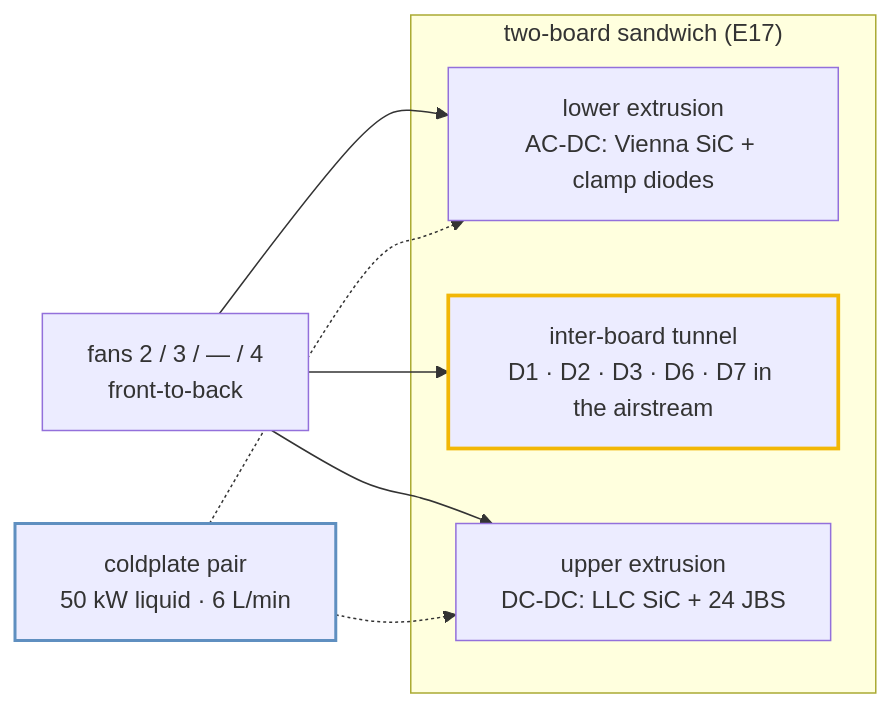
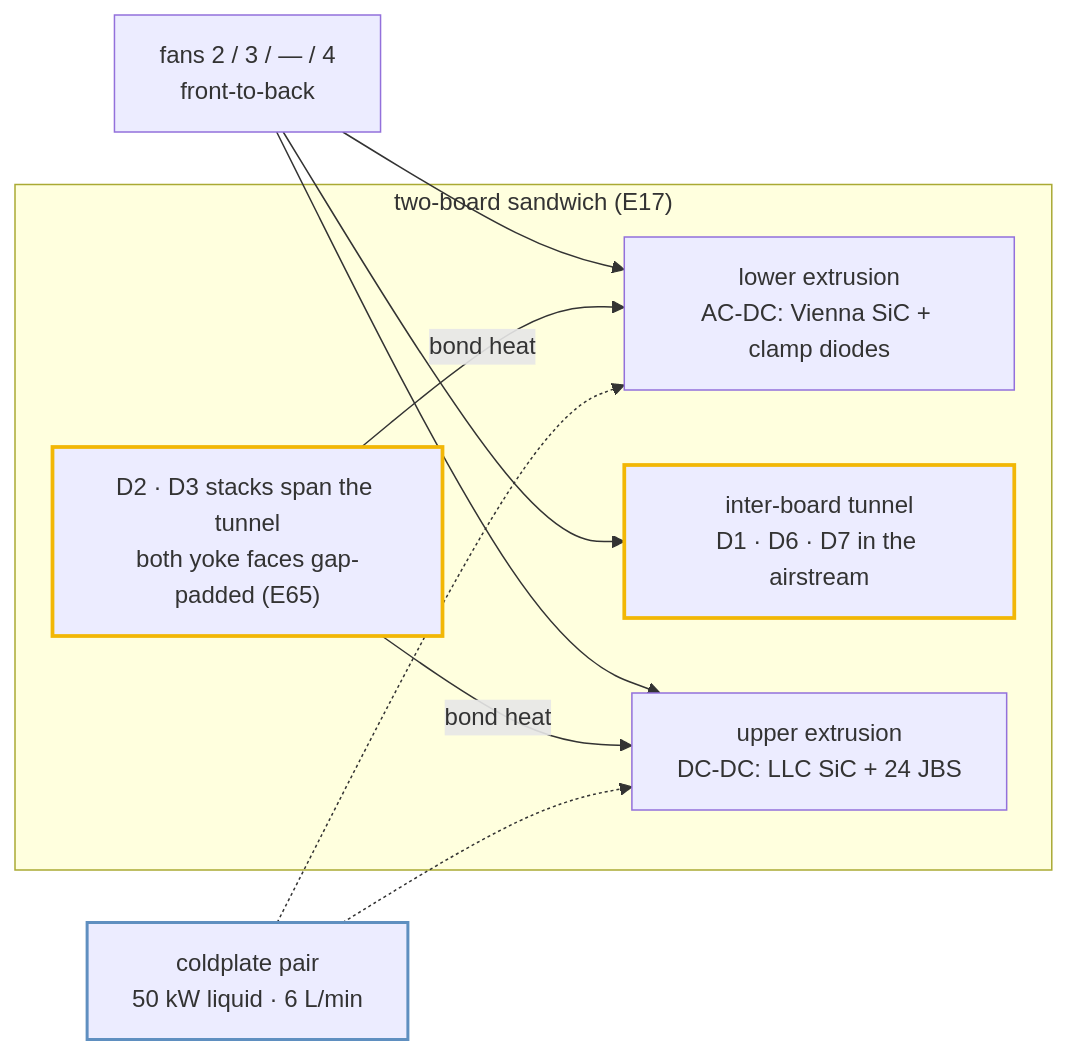
One commit to vectivolt/DC-Modules changed the second of 5 diagrams in docs/thermal-report.md. Above: the diagram before and after it, drawn with Mermaid. The commit also changed other lines of this file and 41 other files, not shown here.

````diff
--- a/docs/thermal-report.md
+++ b/docs/thermal-report.md
@@ -77,12 +85,16 @@
 ```mermaid
 flowchart LR
   subgraph S["two-board sandwich (E17)"]
     L["lower extrusion<br/>AC-DC: Vienna SiC + clamp diodes"]
-    T["inter-board tunnel<br/>D1 · D2 · D3 · D6 · D7 in the airstream"]
+    T["inter-board tunnel<br/>D1 · D6 · D7 in the airstream"]
+    M["D2 · D3 stacks span the tunnel<br/>both yoke faces gap-padded (E65)"]
     U["upper extrusion<br/>DC-DC: LLC SiC + 24 JBS"]
   end
   F["fans 2 / 3 / — / 4<br/>front-to-back"] --> L & T & U
+  M -->|bond heat| L
+  M -->|bond heat| U
   C["coldplate pair<br/>50 kW liquid · 6 L/min"] -.-> L & U
   style T stroke:#f2b705,stroke-width:2.5px
+  style M stroke:#f2b705,stroke-width:2.5px
   style C stroke:#5f8fc0,stroke-width:2px
 ```
````
